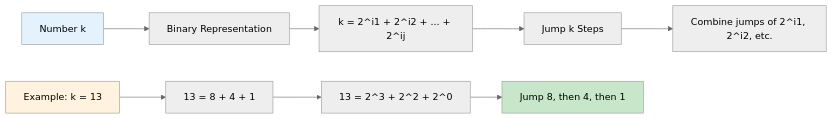
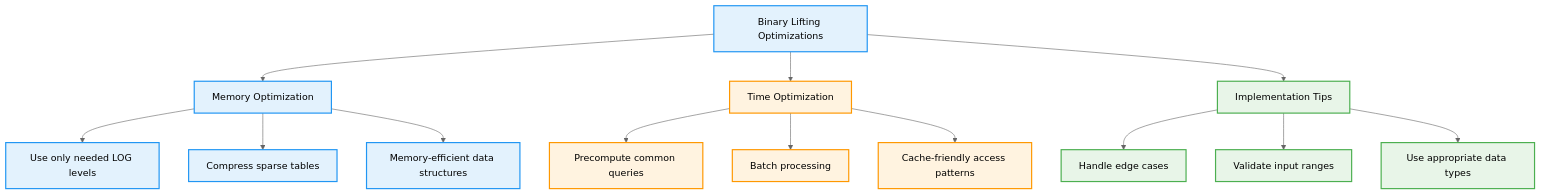
Before and after one commit to AbhishekGiri04/CodeVault: the fourth of 4 diagrams in concepts/binary-lifting.md, drawn with Mermaid (neutral theme). The commit also changed other lines of this file, not shown here.

Commit message:
Complete binary lifting guide with professional images and comprehensive coverage

````diff
--- a/concepts/binary-lifting.md
+++ b/concepts/binary-lifting.md
@@ -185,15 +586,26 @@
 ```mermaid
-flowchart LR
-    A["Number k"] --> B["Binary Representation"]
-    B --> C["k = 2^i1 + 2^i2 + ... + 2^ij"]
-    C --> D["Jump k Steps"]
-    D --> E["Combine jumps of 2^i1, 2^i2, etc."]
+flowchart TD
+    A["Binary Lifting Optimizations"] --> B["Memory Optimization"]
+    A --> C["Time Optimization"]
+    A --> D["Implementation Tips"]
     
-    F["Example: k = 13"] --> G["13 = 8 + 4 + 1"]
-    G --> H["13 = 2^3 + 2^2 + 2^0"]
-    H --> I["Jump 8, then 4, then 1"]
+    B --> E["Use only needed LOG levels"]
+    B --> F["Compress sparse tables"]
+    B --> G["Memory-efficient data structures"]
     
-    style A fill:#e3f2fd
-    style F fill:#fff3e0
-    style I fill:#c8e6c9
+    C --> H["Precompute common queries"]
+    C --> I["Batch processing"]
+    C --> J["Cache-friendly access patterns"]
+    
+    D --> K["Handle edge cases"]
+    D --> L["Validate input ranges"]
+    D --> M["Use appropriate data types"]
+    
+    classDef default fill:#f9f9f9,stroke:#333,stroke-width:2px,color:#000
+    classDef memory fill:#e3f2fd,stroke:#2196f3,stroke-width:2px,color:#000
+    classDef time fill:#fff3e0,stroke:#ff9800,stroke-width:2px,color:#000
+    classDef implementation fill:#e8f5e8,stroke:#4caf50,stroke-width:2px,color:#000
+    class A,B,E,F,G memory
+    class C,H,I,J time
+    class D,K,L,M implementation
 ```
````
